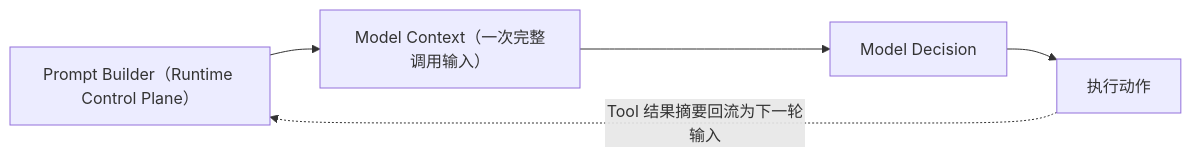
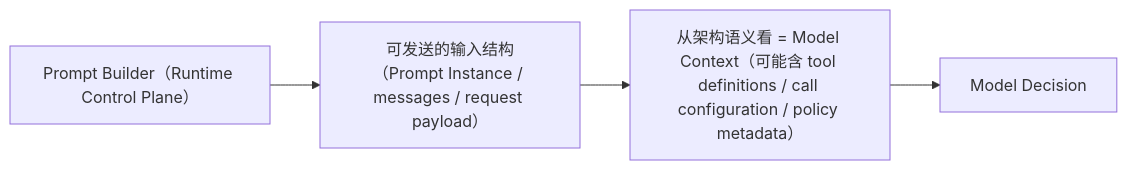
One commit to AnRun-M/enterprise-ai-agent-handbook changed the second of 5 diagrams in docs/02-agent-runtime/ch04-prompt-builder.md. Above: the diagram before and after it, drawn with Mermaid. The commit also changed other lines of this file, not shown here.

Commit message:
docs: refine prompt builder contract boundaries

````diff
--- a/docs/02-agent-runtime/ch04-prompt-builder.md
+++ b/docs/02-agent-runtime/ch04-prompt-builder.md
@@ -71,7 +83,6 @@
 ```mermaid
 flowchart LR
-    B["Prompt Builder（Runtime Control Plane）"] --> C["Model Context（一次完整调用输入）"]
-    C --> D["Model Decision"]
-    D --> A["执行动作"]
-    A -. "Tool 结果摘要回流为下一轮输入" .-> B
+    B["Prompt Builder（Runtime Control Plane）"] --> C["可发送的输入结构（Prompt Instance / messages / request payload）"]
+    C --> D["从架构语义看 = Model Context（可能含 tool definitions / call configuration / policy metadata）"]
+    D --> E["Model Decision"]
 ```
````
